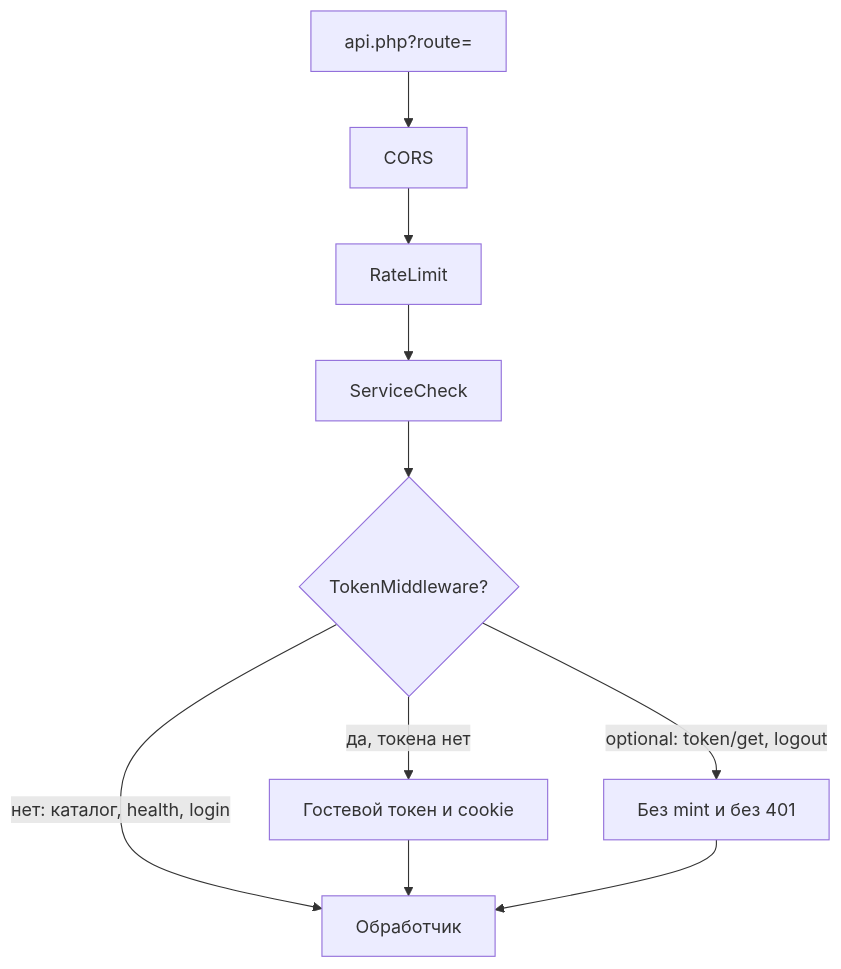
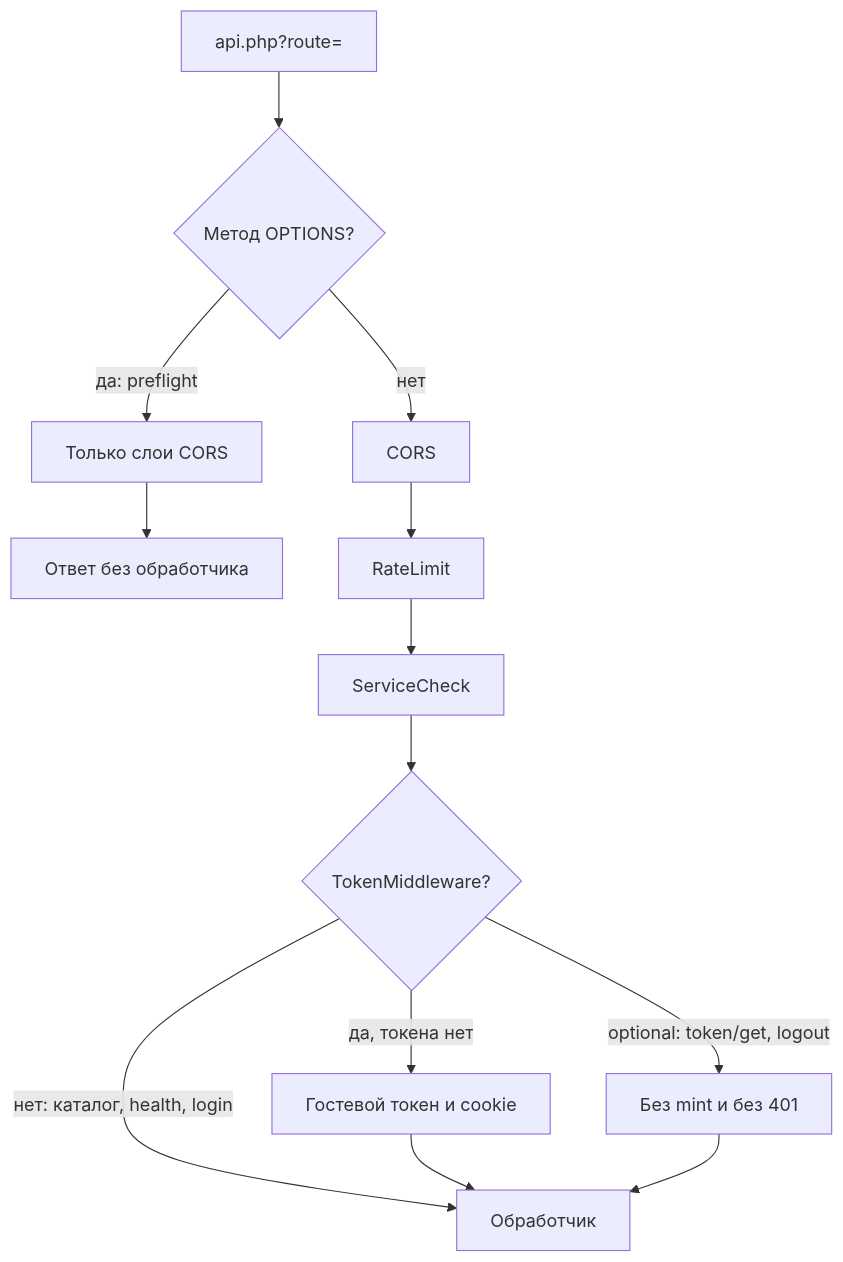
One commit to modx-pro/Docs changed the diagram in docs/components/minishop3/development/web-api/index.md. Above: the diagram before and after it, drawn with Mermaid. The commit also changed other lines of this file and 13 other files, not shown here.

````diff
--- a/docs/components/minishop3/development/web-api/index.md
+++ b/docs/components/minishop3/development/web-api/index.md
@@ -58,12 +60,15 @@
 ```mermaid
 flowchart TD
-  req["api.php?route="] --> cors["CORS"]
+  req["api.php?route="] --> method{"Метод OPTIONS?"}
+  method -->|да: preflight| corsonly["Только слои CORS"]
+  corsonly --> answer["Ответ без обработчика"]
+  method -->|нет| cors["CORS"]
   cors --> limit["RateLimit"]
   limit --> service["ServiceCheck"]
   service --> token{"TokenMiddleware?"}
   token -->|нет: каталог, health, login| handler["Обработчик"]
   token -->|да, токена нет| mint["Гостевой токен и cookie"]
   token -->|optional: token/get, logout| skip["Без mint и без 401"]
   mint --> handler
   skip --> handler
 ```
````
